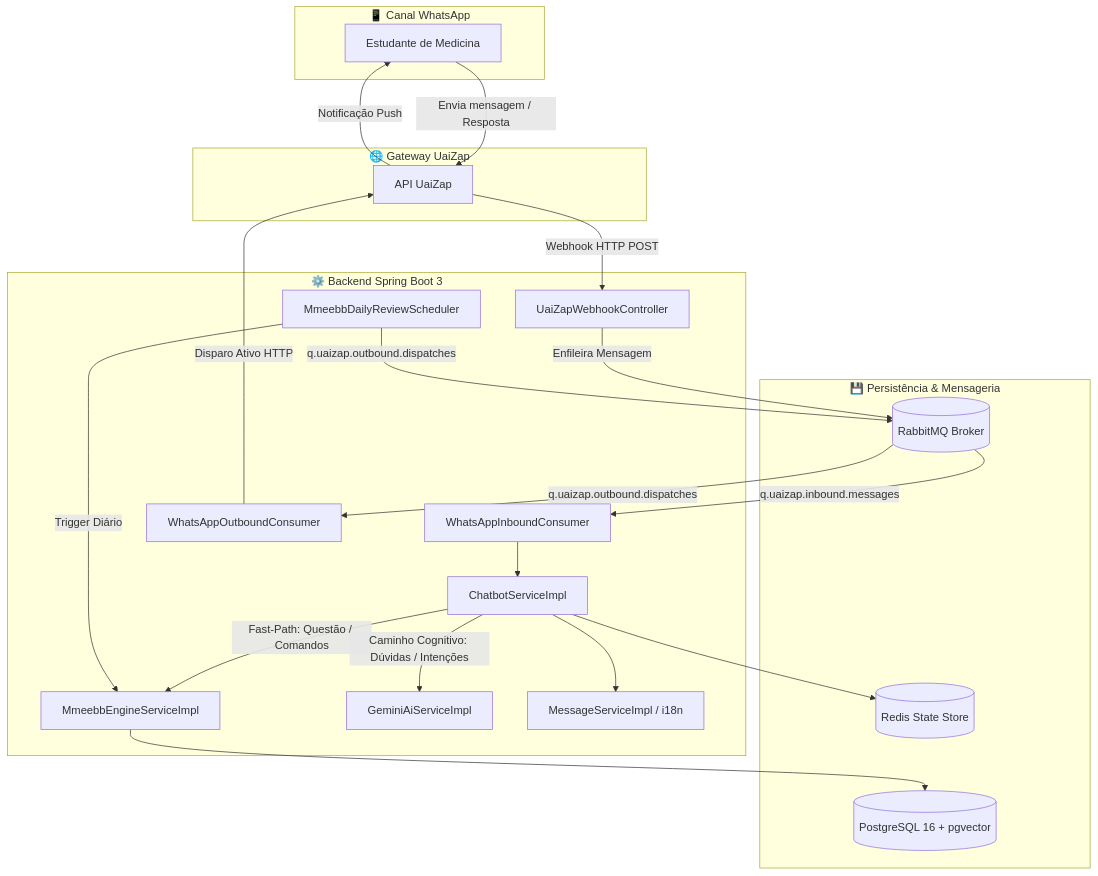
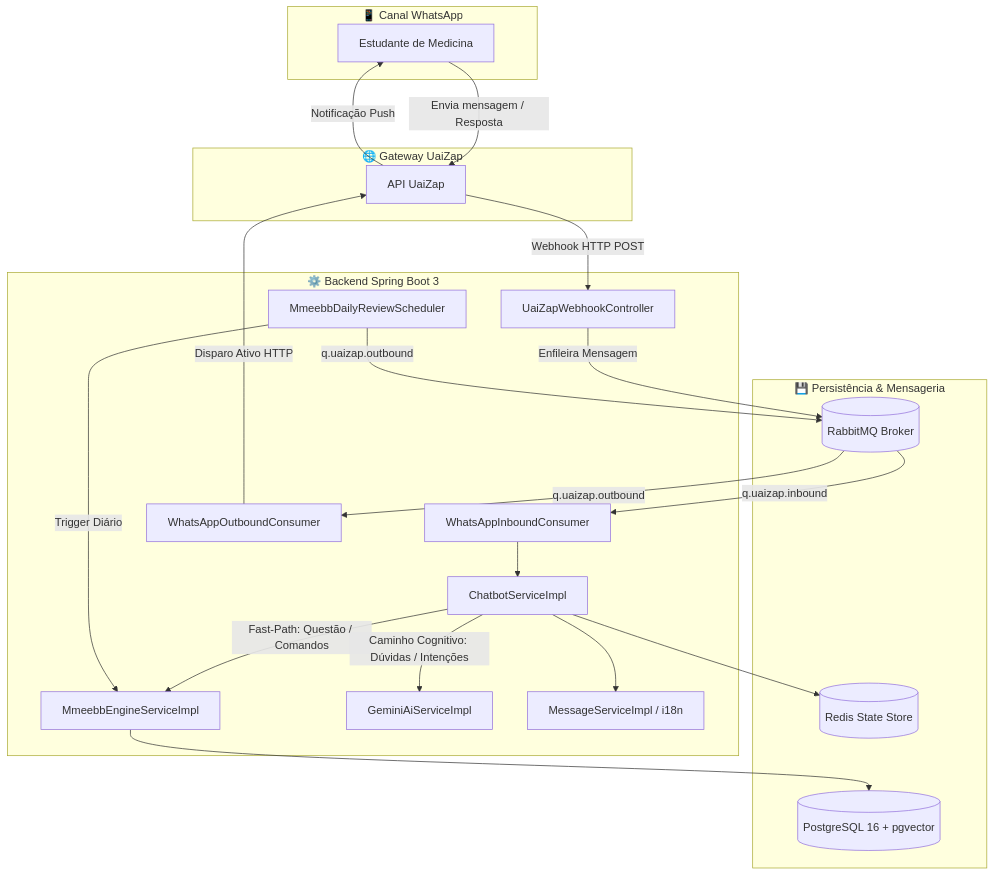
One commit to NickolasTav/med-mmeebb-chatbot changed the diagram in README.md. Above: the diagram before and after it, drawn with Mermaid. The commit also changed 11 other files, not shown here.

````diff
--- a/README.md
+++ b/README.md
@@ -80,44 +80,44 @@
 ```mermaid
 flowchart TD
     subgraph WhatsApp["📱 Canal WhatsApp"]
         Aluno[Estudante de Medicina]
     end
 
     subgraph Gateway["🌐 Gateway UaiZap"]
         UaiZapAPI[API UaiZap]
     end
 
     subgraph Backend["⚙️ Backend Spring Boot 3"]
         WebhookController[UaiZapWebhookController]
         InboundConsumer[WhatsAppInboundConsumer]
         ChatbotService[ChatbotServiceImpl]
         MmeebbEngine[MmeebbEngineServiceImpl]
         GeminiService[GeminiAiServiceImpl]
         Scheduler[MmeebbDailyReviewScheduler]
         OutboundConsumer[WhatsAppOutboundConsumer]
         MessageService[MessageServiceImpl / i18n]
     end
 
     subgraph Storage["💾 Persistência & Mensageria"]
         RabbitMQBroker[(RabbitMQ Broker)]
         PostgresDB[(PostgreSQL 16 + pgvector)]
         RedisCache[(Redis State Store)]
     end
 
     Aluno -->|Envia mensagem / Resposta| UaiZapAPI
     UaiZapAPI -->|Webhook HTTP POST| WebhookController
     WebhookController -->|Enfileira Mensagem| RabbitMQBroker
-    RabbitMQBroker -->|q.uaizap.inbound.messages| InboundConsumer
+    RabbitMQBroker -->|q.uaizap.inbound| InboundConsumer
     InboundConsumer --> ChatbotService
     ChatbotService -->|Fast-Path: Questão / Comandos| MmeebbEngine
     ChatbotService -->|Caminho Cognitivo: Dúvidas / Intenções| GeminiService
     ChatbotService --> RedisCache
     MmeebbEngine --> PostgresDB
     ChatbotService --> MessageService
 
     Scheduler -->|Trigger Diário| MmeebbEngine
-    Scheduler -->|q.uaizap.outbound.dispatches| RabbitMQBroker
-    RabbitMQBroker -->|q.uaizap.outbound.dispatches| OutboundConsumer
+    Scheduler -->|q.uaizap.outbound| RabbitMQBroker
+    RabbitMQBroker -->|q.uaizap.outbound| OutboundConsumer
     OutboundConsumer -->|Disparo Ativo HTTP| UaiZapAPI
     UaiZapAPI -->|Notificação Push| Aluno
 ```
````
